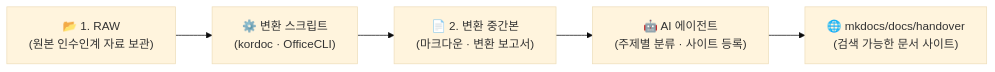
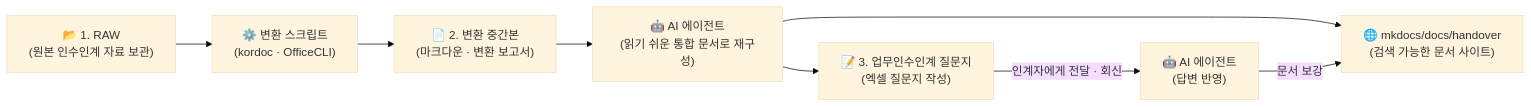
The diagram in README.md (kedufine/work_notes_mkdocs), drawn with Mermaid (base theme) before and after one commit. The commit also changed other lines of this file and 7 other files, not shown here.

````diff
--- a/README.md
+++ b/README.md
@@ -13,7 +13,10 @@
 ```mermaid
 flowchart LR
     A["📂 1. RAW<br>(원본 인수인계 자료 보관)"] --> B["⚙️ 변환 스크립트<br>(kordoc · OfficeCLI)"]
     B --> C["📄 2. 변환 중간본<br>(마크다운 · 변환 보고서)"]
-    C --> D["🤖 AI 에이전트<br>(주제별 분류 · 사이트 등록)"]
+    C --> D["🤖 AI 에이전트<br>(읽기 쉬운 통합 문서로 재구성)"]
     D --> E["🌐 mkdocs/docs/handover<br>(검색 가능한 문서 사이트)"]
+    D --> F["📝 3. 업무인수인계 질문지<br>(엑셀 질문지 작성)"]
+    F -->|인계자에게 전달 · 회신| G["🤖 AI 에이전트<br>(답변 반영)"]
+    G -->|문서 보강| E
 ```
````
